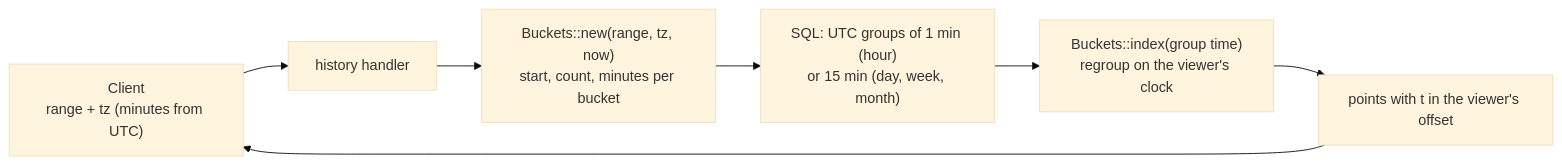
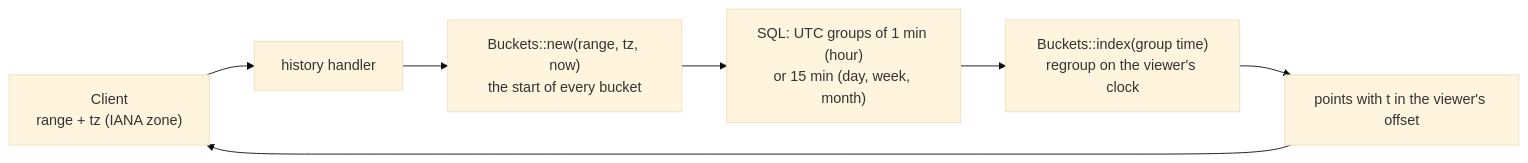
The ninth of 11 diagrams in development/docs/ARCHITECTURE.md (aiyu-ayaan/Domus), drawn with Mermaid (base theme) before and after one commit. The commit also changed other lines of this file and 4 other files, not shown here.

Commit message:
fix(Backend) : Resolve history buckets in the viewer's IANA time zone so days survive DST

````diff
--- a/development/docs/ARCHITECTURE.md
+++ b/development/docs/ARCHITECTURE.md
@@ -386,9 +387,9 @@
 ```mermaid
 flowchart LR
-    C["Client<br/>range + tz (minutes from UTC)"] --> H["history handler"]
-    H --> B["Buckets::new(range, tz, now)<br/>start, count, minutes per bucket"]
+    C["Client<br/>range + tz (IANA zone)"] --> H["history handler"]
+    H --> B["Buckets::new(range, tz, now)<br/>the start of every bucket"]
     B --> Q["SQL: UTC groups of 1 min (hour)<br/>or 15 min (day, week, month)"]
     Q --> R["Buckets::index(group time)<br/>regroup on the viewer's clock"]
     R --> P["points with t in the viewer's offset"]
     P --> C
 ```
````
